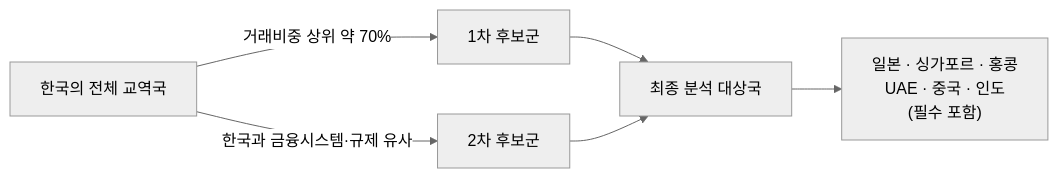
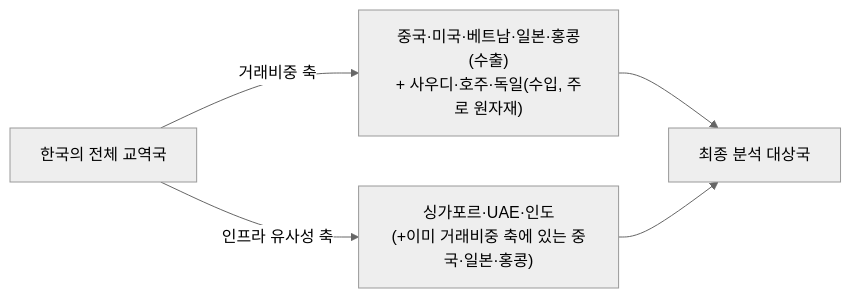
The diagram in 04_TAM-SAM-SOM_마켓세그먼트/02_2단계_범위축소.md (jennie-brain/business-analysis-frameworks), drawn with Mermaid (neutral theme) before and after one commit. The commit also changed other lines of this file, not shown here.

````diff
--- a/04_TAM-SAM-SOM_마켓세그먼트/02_2단계_범위축소.md
+++ b/04_TAM-SAM-SOM_마켓세그먼트/02_2단계_범위축소.md
@@ -26,8 +56,7 @@
 ```mermaid
 flowchart LR
-    A["한국의 전체 교역국"] -->|거래비중 상위 약 70%| B["1차 후보군"]
-    A -->|한국과 금융시스템·규제 유사| C["2차 후보군"]
+    A["한국의 전체 교역국"] -->|거래비중 축| B["중국·미국·베트남·일본·홍콩(수출)<br/>+ 사우디·호주·독일(수입, 주로 원자재)"]
+    A -->|인프라 유사성 축| C["싱가포르·UAE·인도<br/>(+이미 거래비중 축에 있는 중국·일본·홍콩)"]
     B --> D["최종 분석 대상국"]
     C --> D
-    D --> E["일본 · 싱가포르 · 홍콩<br/>UAE · 중국 · 인도<br/>(필수 포함)"]
 ```
````
